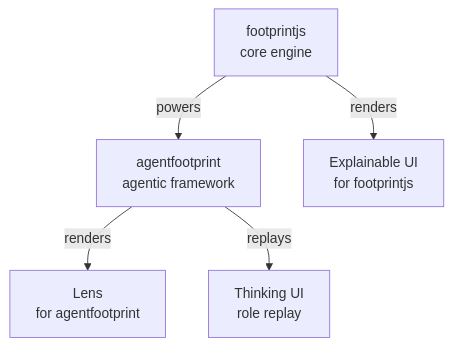
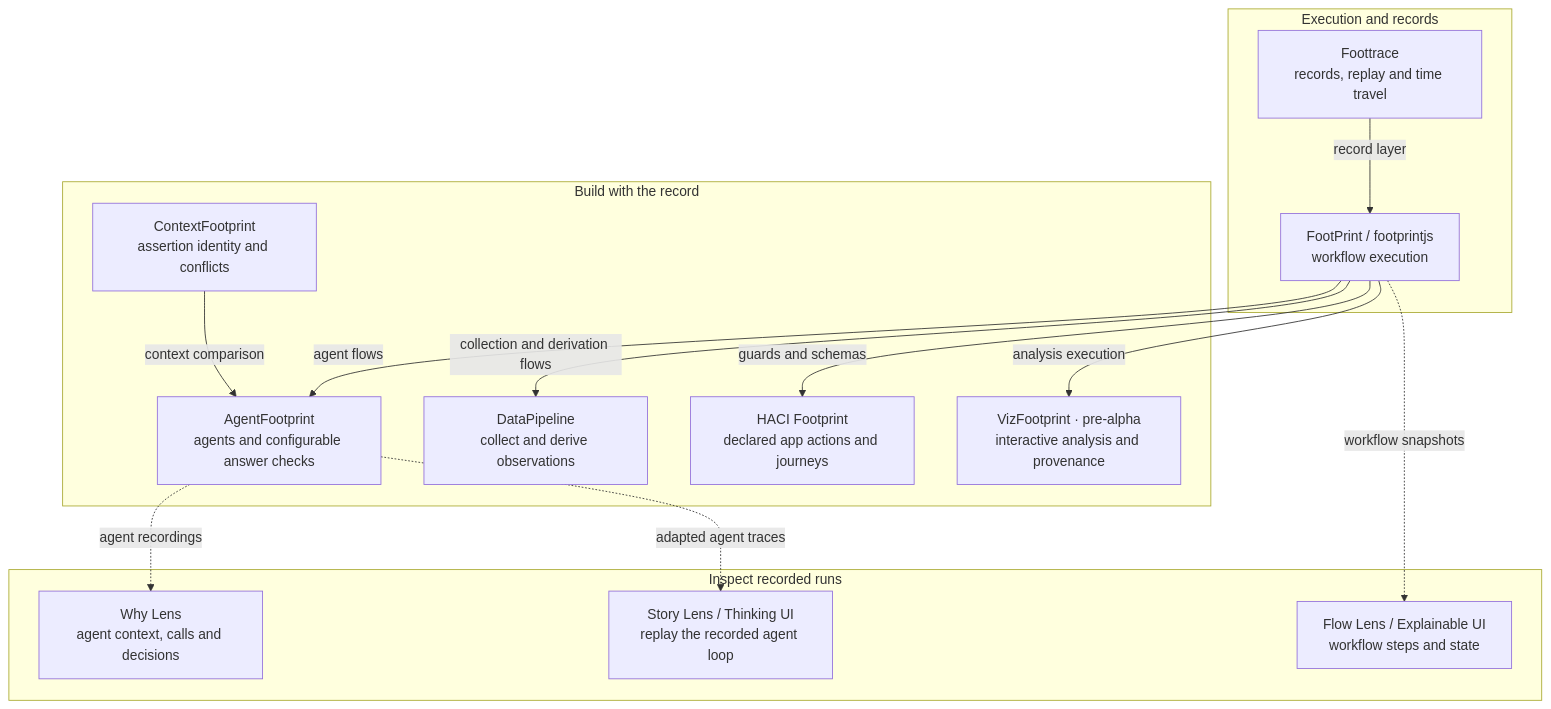
The diagram in profile/README.md (footprintjs/.github), drawn with Mermaid before and after one commit. The commit also changed other lines of this file, not shown here.

Commit message:
docs: map the current FootprintJS ecosystem

````diff
--- a/profile/README.md
+++ b/profile/README.md
@@ -15,13 +19,32 @@
 ```mermaid
 flowchart TD
-    F["footprintjs<br/>core engine"]
-    A["agentfootprint<br/>agentic framework"]
-    E["Explainable UI<br/>for footprintjs"]
-    L["Lens<br/>for agentfootprint"]
-    T["Thinking UI<br/>role replay"]
+    subgraph foundation["Execution and records"]
+        R["Foottrace<br/>records, replay and time travel"]
+        F["FootPrint / footprintjs<br/>workflow execution"]
+        R -->|record layer| F
+    end
 
-    F -->|powers| A
-    F -->|renders| E
-    A -->|renders| L
-    A -->|replays| T
+    subgraph libraries["Build with the record"]
+        A["AgentFootprint<br/>agents and configurable answer checks"]
+        D["DataPipeline<br/>collect and derive observations"]
+        H["HACI Footprint<br/>declared app actions and journeys"]
+        V["VizFootprint · pre-alpha<br/>interactive analysis and provenance"]
+        C["ContextFootprint<br/>assertion identity and conflicts"]
+        C -->|context comparison| A
+    end
+
+    F -->|agent flows| A
+    F -->|collection and derivation flows| D
+    F -->|guards and schemas| H
+    F -->|analysis execution| V
+
+    subgraph views["Inspect recorded runs"]
+        E["Flow Lens / Explainable UI<br/>workflow steps and state"]
+        L["Why Lens<br/>agent context, calls and decisions"]
+        T["Story Lens / Thinking UI<br/>replay the recorded agent loop"]
+    end
+
+    F -. workflow snapshots .-> E
+    A -. agent recordings .-> L
+    A -. adapted agent traces .-> T
 ```
````
